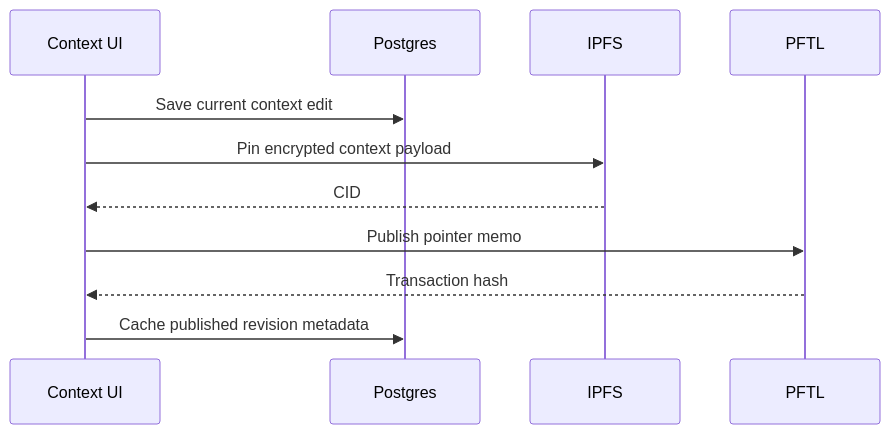
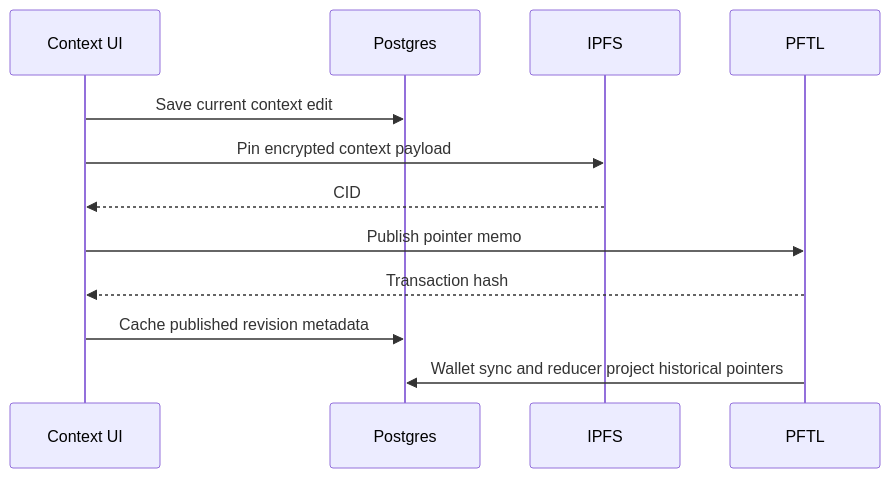
Before and after one commit to postfiatorg/tasknode: the diagram in docs/wiki/surfaces/context.md, drawn with Mermaid. The commit also changed other lines of this file and 31 other files, not shown here.

````diff
--- a/docs/wiki/surfaces/context.md
+++ b/docs/wiki/surfaces/context.md
@@ -28,13 +28,14 @@
 ```mermaid
 sequenceDiagram
   participant UI as Context UI
   participant DB as Postgres
   participant IPFS as IPFS
   participant PFTL as PFTL
   UI->>DB: Save current context edit
   UI->>IPFS: Pin encrypted context payload
   IPFS-->>UI: CID
   UI->>PFTL: Publish pointer memo
   PFTL-->>UI: Transaction hash
   UI->>DB: Cache published revision metadata
+  PFTL->>DB: Wallet sync and reducer project historical pointers
 ```
````
